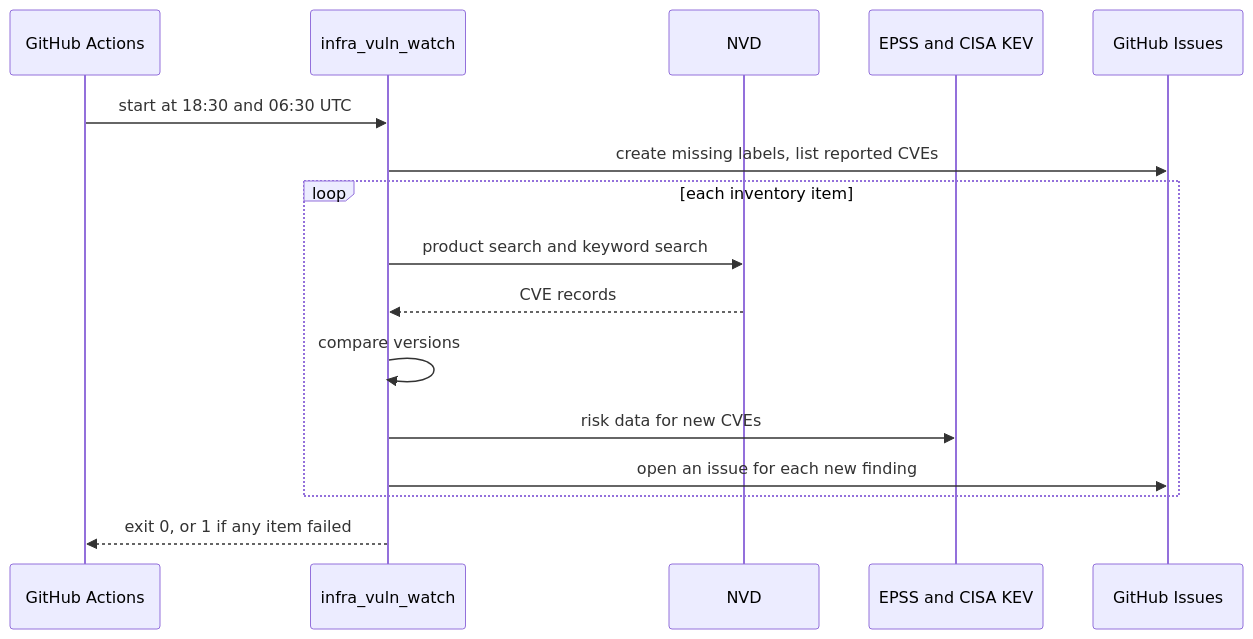
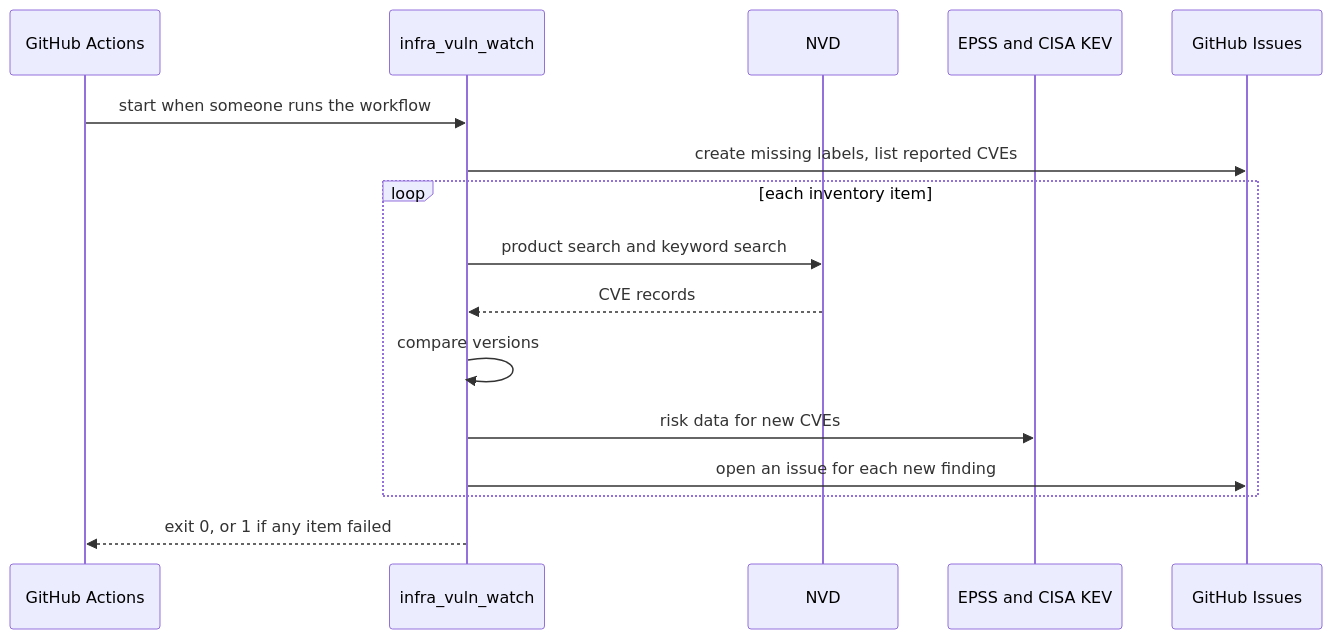
The third of 5 diagrams in arc42/README.md (iamunnip/infra-vuln-watch), drawn with Mermaid before and after one commit. The commit also changed other lines of this file and 9 other files, not shown here.

````diff
--- a/arc42/README.md
+++ b/arc42/README.md
@@ -81,18 +81,18 @@
 ```mermaid
 sequenceDiagram
     participant A as GitHub Actions
     participant M as infra_vuln_watch
     participant N as NVD
     participant R as EPSS and CISA KEV
     participant G as GitHub Issues
-    A->>M: start at 18:30 and 06:30 UTC
+    A->>M: start when someone runs the workflow
     M->>G: create missing labels, list reported CVEs
     loop each inventory item
         M->>N: product search and keyword search
         N-->>M: CVE records
         M->>M: compare versions
         M->>R: risk data for new CVEs
         M->>G: open an issue for each new finding
     end
     M-->>A: exit 0, or 1 if any item failed
 ```
````
